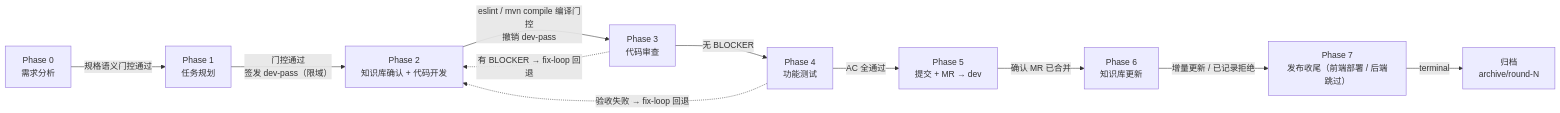
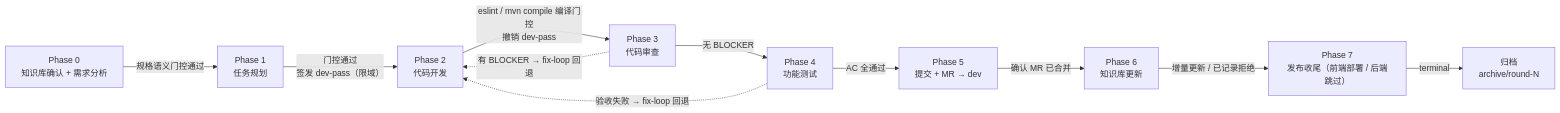
One commit to AbyssPan/fullstackflow changed the first of 2 diagrams in README.md. Above: the diagram before and after it, drawn with Mermaid. The commit also changed other lines of this file and 13 other files, not shown here.

````diff
--- a/README.md
+++ b/README.md
@@ -50,14 +50,14 @@
 ```mermaid
 flowchart LR
-    P0["Phase 0<br/>需求分析"] -->|"规格语义门控通过"| P1["Phase 1<br/>任务规划"]
-    P1 -->|"门控通过<br/>签发 dev-pass（限域）"| P2["Phase 2<br/>知识库确认 + 代码开发"]
+    P0["Phase 0<br/>知识库确认 + 需求分析"] -->|"规格语义门控通过"| P1["Phase 1<br/>任务规划"]
+    P1 -->|"门控通过<br/>签发 dev-pass（限域）"| P2["Phase 2<br/>代码开发"]
     P2 -->|"eslint / mvn compile 编译门控<br/>撤销 dev-pass"| P3["Phase 3<br/>代码审查"]
     P3 -->|"无 BLOCKER"| P4["Phase 4<br/>功能测试"]
     P4 -->|"AC 全通过"| P5["Phase 5<br/>提交 + MR → dev"]
     P5 -->|"确认 MR 已合并"| P6["Phase 6<br/>知识库更新"]
     P6 -->|"增量更新 / 已记录拒绝"| P7["Phase 7<br/>发布收尾（前端部署 / 后端跳过）"]
     P7 -->|"terminal"| ARC["归档<br/>archive/round-N"]
 
     P3 -.->|"有 BLOCKER → fix-loop 回退"| P2
     P4 -.->|"验收失败 → fix-loop 回退"| P2
 ```
````
